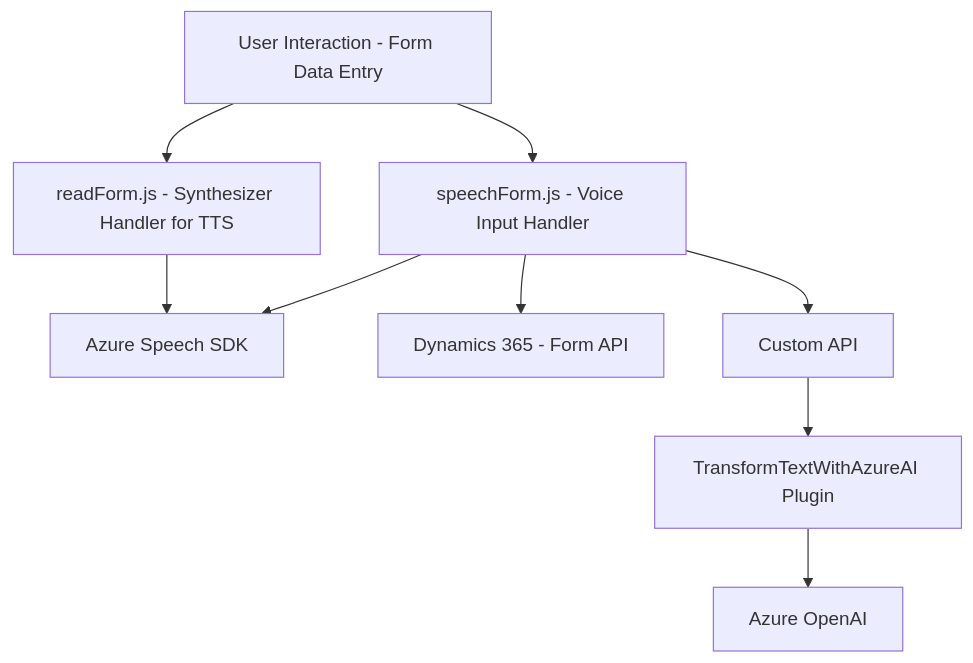
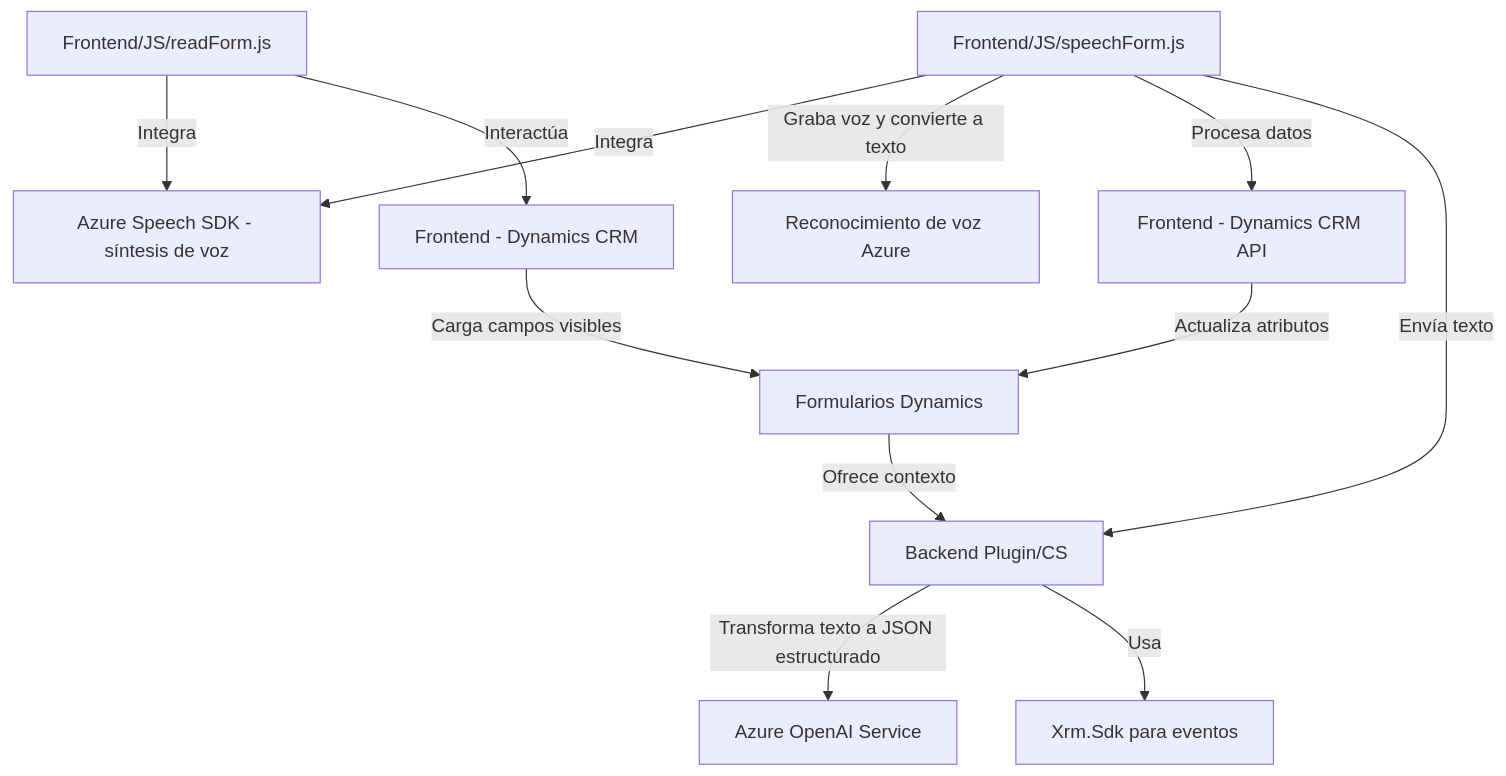
The diagram in README.md (blopezdm/NETCORE_BILBAO2025), drawn with Mermaid before and after one commit. The commit also changed other lines of this file, not shown here.

````diff
--- a/README.md
+++ b/README.md
@@ -31,20 +47,14 @@
 ```mermaid
 graph TD
-    A["User Interaction - Form Data Entry"]
-    B["readForm.js - Synthesizer Handler for TTS"]
-    C["Azure Speech SDK"]
-    D["Dynamics 365 - Form API"]
-    E["speechForm.js - Voice Input Handler"]
-    F["Custom API"]
-    G["TransformTextWithAzureAI Plugin"]
-    H["Azure OpenAI"]
-
-    A --> B
-    A --> E
-    B --> C
-    E --> C
-    E --> D
-    E --> F
-    F --> G
-    G --> H
+  A["Frontend/JS/readForm.js"] -->|Integra| B["Azure Speech SDK - síntesis de voz"]
+  A -->|Interactúa| C["Frontend - Dynamics CRM"]
+  C -->|Carga campos visibles| D["Formularios Dynamics"]
+  E["Frontend/JS/speechForm.js"] -->|Integra| B
+  E -->|Graba voz y convierte a texto| F["Reconocimiento de voz Azure"]
+  E -->|Procesa datos| G["Frontend - Dynamics CRM API"]
+  G -->|Actualiza atributos| D
+  E -->|Envía texto| H["Backend Plugin/CS"]
+  H -->|Transforma texto a JSON estructurado| I["Azure OpenAI Service"]
+  H -->|Usa| J["Xrm.Sdk para eventos"]
+  D -->|Ofrece contexto| H
 ```
````
